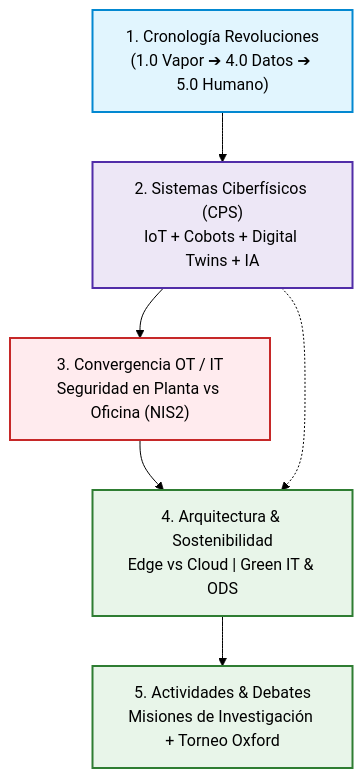
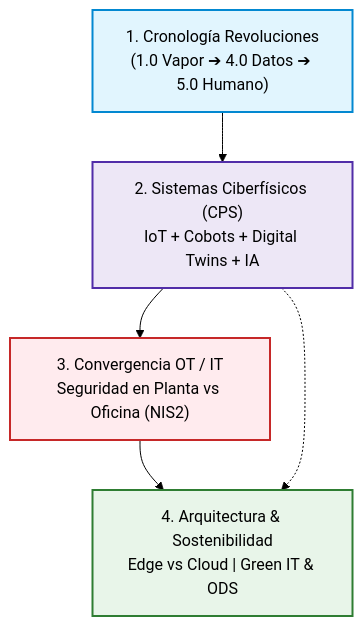
One commit to jssdocente/dasp2627d changed the diagram in docs/temas/01-digitalizacion/index.md. Above: the diagram before and after it, drawn with Mermaid (forest theme). The commit also changed other lines of this file and 1 other file, not shown here.

Commit message:
docs(tema 1): ocultar la página de actividades de enlaces y buscador

````diff
--- a/docs/temas/01-digitalizacion/index.md
+++ b/docs/temas/01-digitalizacion/index.md
@@ -13,19 +13,17 @@
 ```mermaid
 graph TD
     classDef rev fill:#e1f5fe,stroke:#0288d1,stroke-width:2px;
     classDef tech fill:#ede7f6,stroke:#512da8,stroke-width:2px;
     classDef sec fill:#ffebee,stroke:#c62828,stroke-width:2px;
     classDef imp fill:#e8f5e9,stroke:#2e7d32,stroke-width:2px;
 
     RevInd["1. Cronología Revoluciones<br/>(1.0 Vapor ➔ 4.0 Datos ➔ 5.0 Humano)"]:::rev
     CPS["2. Sistemas Ciberfísicos (CPS)<br/>IoT + Cobots + Digital Twins + IA"]:::tech
     Conv["3. Convergencia OT / IT<br/>Seguridad en Planta vs Oficina (NIS2)"]:::sec
     Arch["4. Arquitectura & Sostenibilidad<br/>Edge vs Cloud | Green IT & ODS"]:::imp
-    Debates["5. Actividades & Debates<br/>Misiones de Investigación + Torneo Oxford"]:::imp
 
     RevInd --> CPS
     CPS --> Conv
     Conv --> Arch
-    Arch --> Debates
     CPS -.-> Arch
 ```
````
